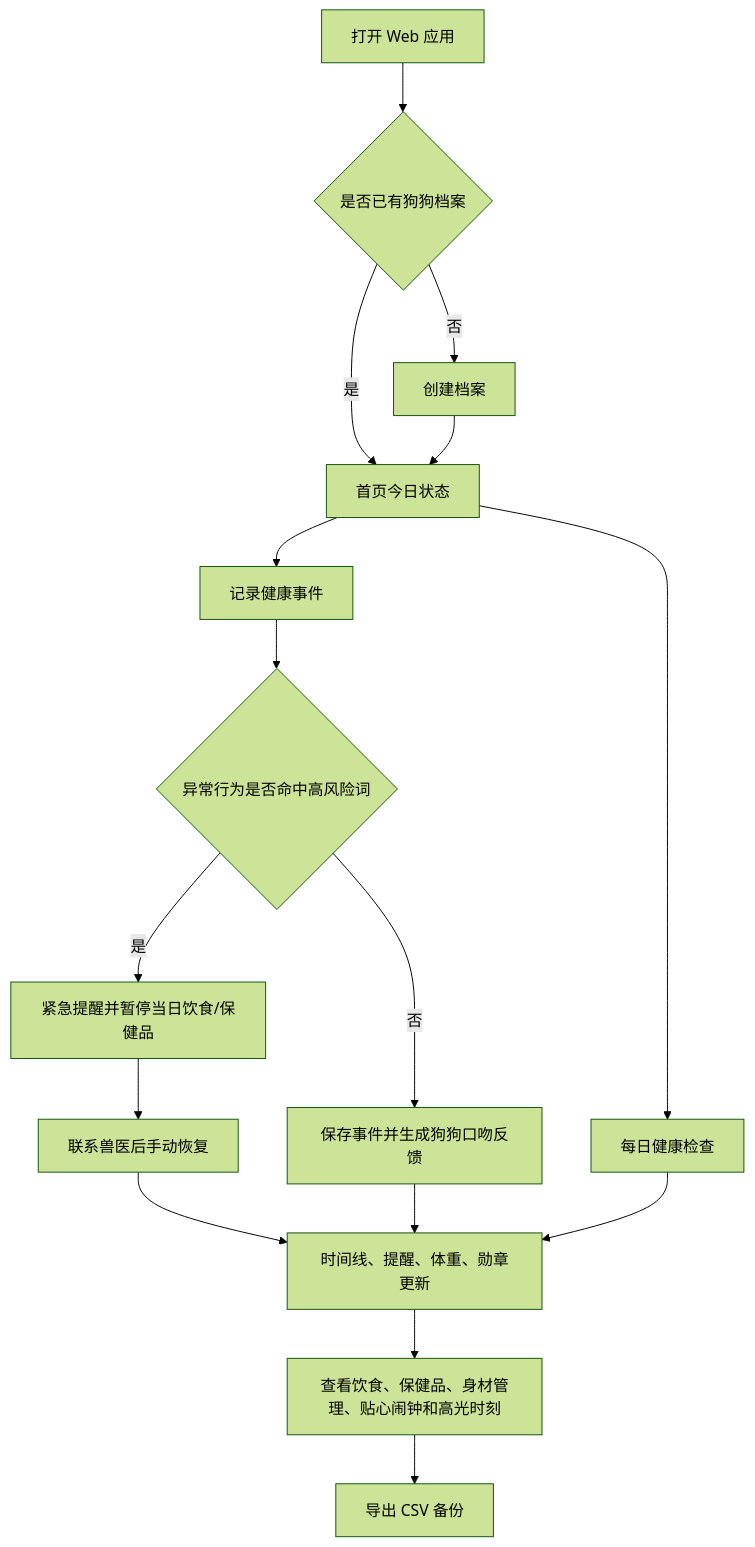
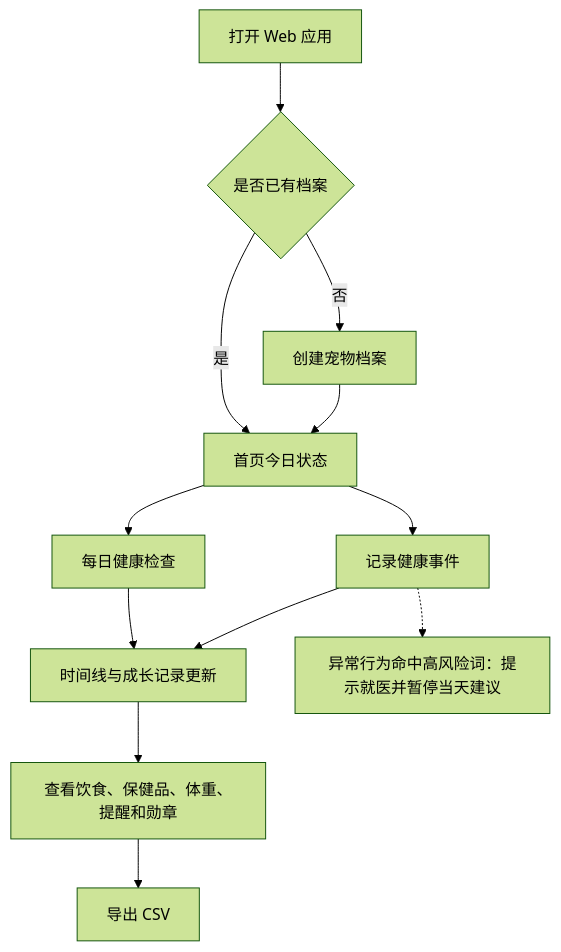
One commit to lingzi49/pawlife changed the first of 4 diagrams in README.md. Above: the diagram before and after it, drawn with Mermaid (forest theme). The commit also changed other lines of this file and 4 other files, not shown here.

````diff
--- a/README.md
+++ b/README.md
@@ -245,18 +233,15 @@
 ```mermaid
 flowchart TD
-    A[打开 Web 应用] --> B{是否已有狗狗档案}
-    B -- 否 --> C[创建档案]
+    A[打开 Web 应用] --> B{是否已有档案}
+    B -- 否 --> C[创建宠物档案]
     B -- 是 --> D[首页今日状态]
     C --> D
     D --> E[每日健康检查]
     D --> F[记录健康事件]
-    F --> G{异常行为是否命中高风险词}
-    G -- 是 --> H[紧急提醒并暂停当日饮食/保健品]
-    H --> I[联系兽医后手动恢复]
-    G -- 否 --> J[保存事件并生成狗狗口吻反馈]
-    I --> K[时间线、提醒、体重、勋章更新]
-    J --> K
-    E --> K
-    K --> L[查看饮食、保健品、身材管理、贴心闹钟和高光时刻]
-    L --> M[导出 CSV 备份]
+    E --> G[时间线与成长记录更新]
+    F --> G
+    G --> H[查看饮食、保健品、体重、提醒和勋章]
+    H --> I[导出 CSV]
+
+    F -.-> R["异常行为命中高风险词：提示就医并暂停当天建议"]
 ```
````
